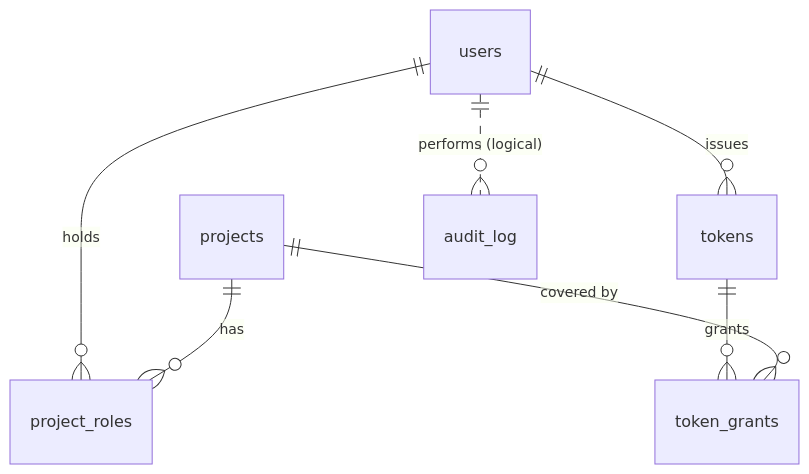
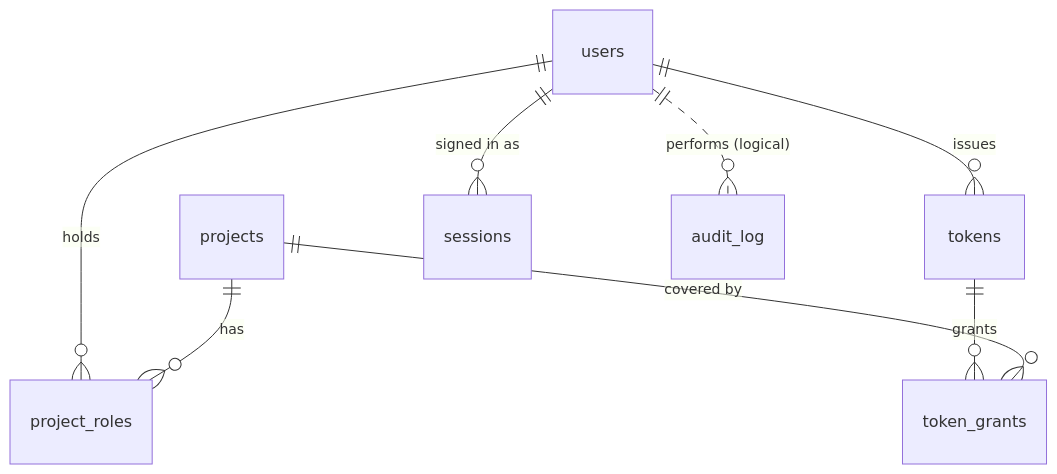
The first of 2 diagrams in docs/technical-spec/domain-model.md (FlavioCFOliveira/planner), drawn with Mermaid before and after one commit. The commit also changed other lines of this file and 10 other files, not shown here.

First line of the commit message:
docs(technical-spec): complete architecture, security, API, CLI, operations and testing

````diff
--- a/docs/technical-spec/domain-model.md
+++ b/docs/technical-spec/domain-model.md
@@ -322,9 +349,10 @@
 ```mermaid
 erDiagram
     users ||--o{ project_roles : "holds"
     projects ||--o{ project_roles : "has"
     users ||--o{ tokens : "issues"
+    users ||--o{ sessions : "signed in as"
     tokens ||--o{ token_grants : "grants"
     projects ||--o{ token_grants : "covered by"
     users ||..o{ audit_log : "performs (logical)"
 ```
````
